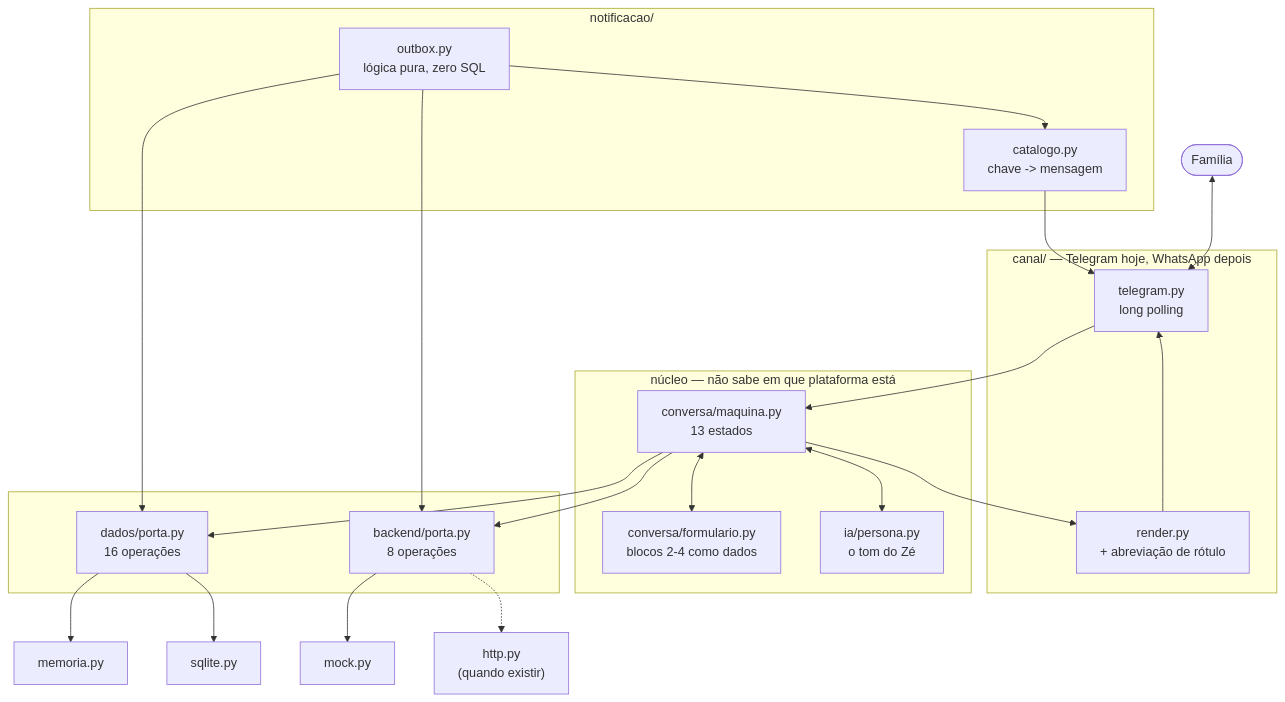
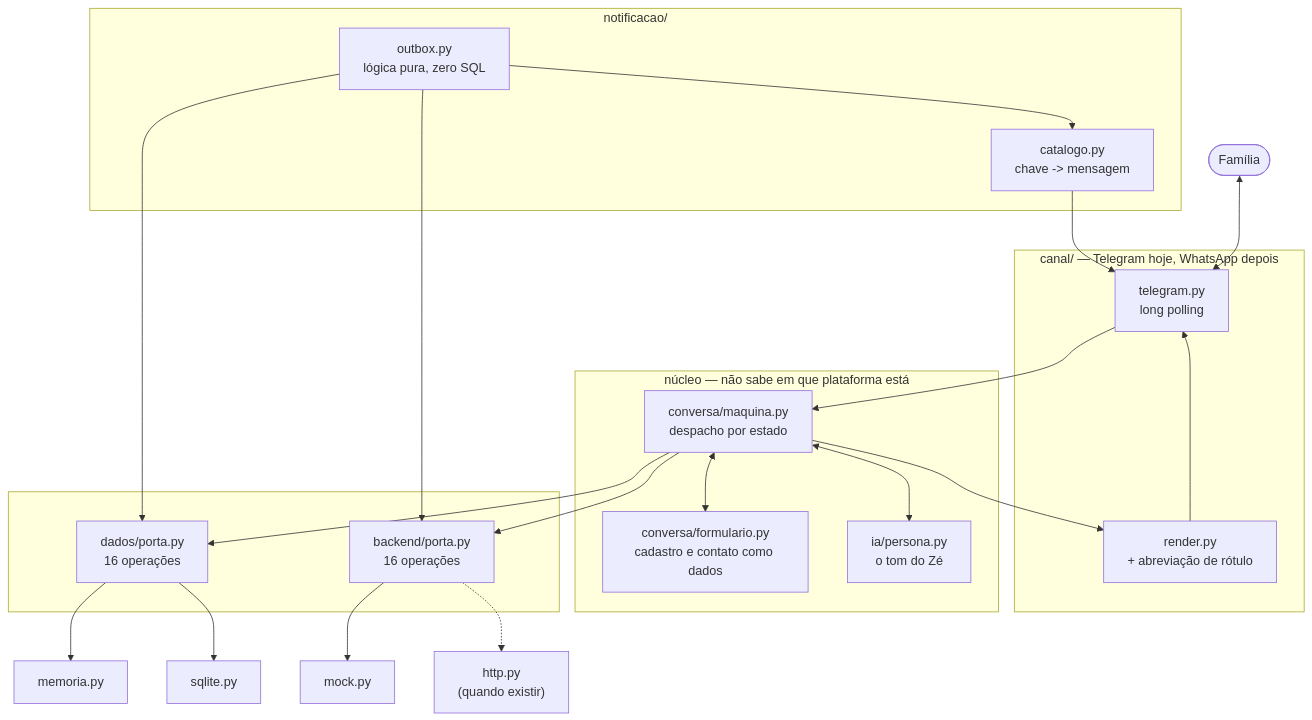
The diagram in docs/ARQUITETURA.md (GuilhermeRozenblat/Hackathon-claude), drawn with Mermaid before and after one commit. The commit also changed other lines of this file and 50 other files, not shown here.

````diff
--- a/docs/ARQUITETURA.md
+++ b/docs/ARQUITETURA.md
@@ -125,44 +139,44 @@
 ```mermaid
 flowchart TB
     U([Família])
 
     subgraph CANAL["canal/ — Telegram hoje, WhatsApp depois"]
         TG["telegram.py<br/>long polling"]
         RD["render.py<br/>+ abreviação de rótulo"]
     end
 
     subgraph NUCLEO["núcleo — não sabe em que plataforma está"]
-        MAQ["conversa/maquina.py<br/>13 estados"]
-        FORM["conversa/formulario.py<br/>blocos 2-4 como dados"]
+        MAQ["conversa/maquina.py<br/>despacho por estado"]
+        FORM["conversa/formulario.py<br/>cadastro e contato como dados"]
         PERS["ia/persona.py<br/>o tom do Zé"]
     end
 
     subgraph PORTAS[" "]
         PD["dados/porta.py<br/>16 operações"]
-        PB["backend/porta.py<br/>8 operações"]
+        PB["backend/porta.py<br/>16 operações"]
     end
 
     MEM["memoria.py"]
     SQL["sqlite.py"]
     MOCK["mock.py"]
     HTTP["http.py<br/>(quando existir)"]
 
     subgraph NOT["notificacao/"]
         OBX["outbox.py<br/>lógica pura, zero SQL"]
         CAT["catalogo.py<br/>chave -> mensagem"]
     end
 
     U <--> TG --> MAQ
     MAQ --> RD --> TG
     MAQ <--> FORM
     MAQ <--> PERS
     MAQ --> PD
     MAQ --> PB
     PD --> MEM
     PD --> SQL
     PB --> MOCK
     PB -.-> HTTP
     OBX --> PD
     OBX --> PB
     OBX --> CAT --> TG
 ```
````
